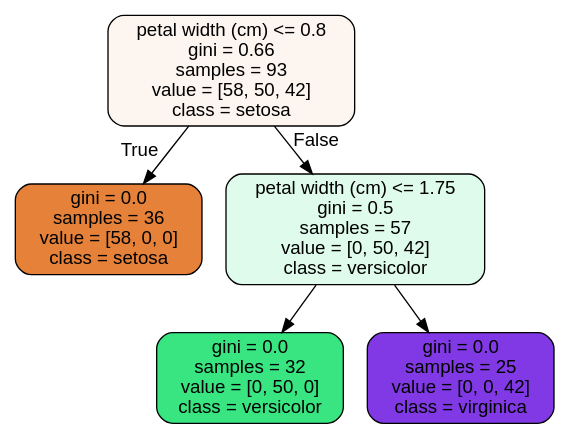
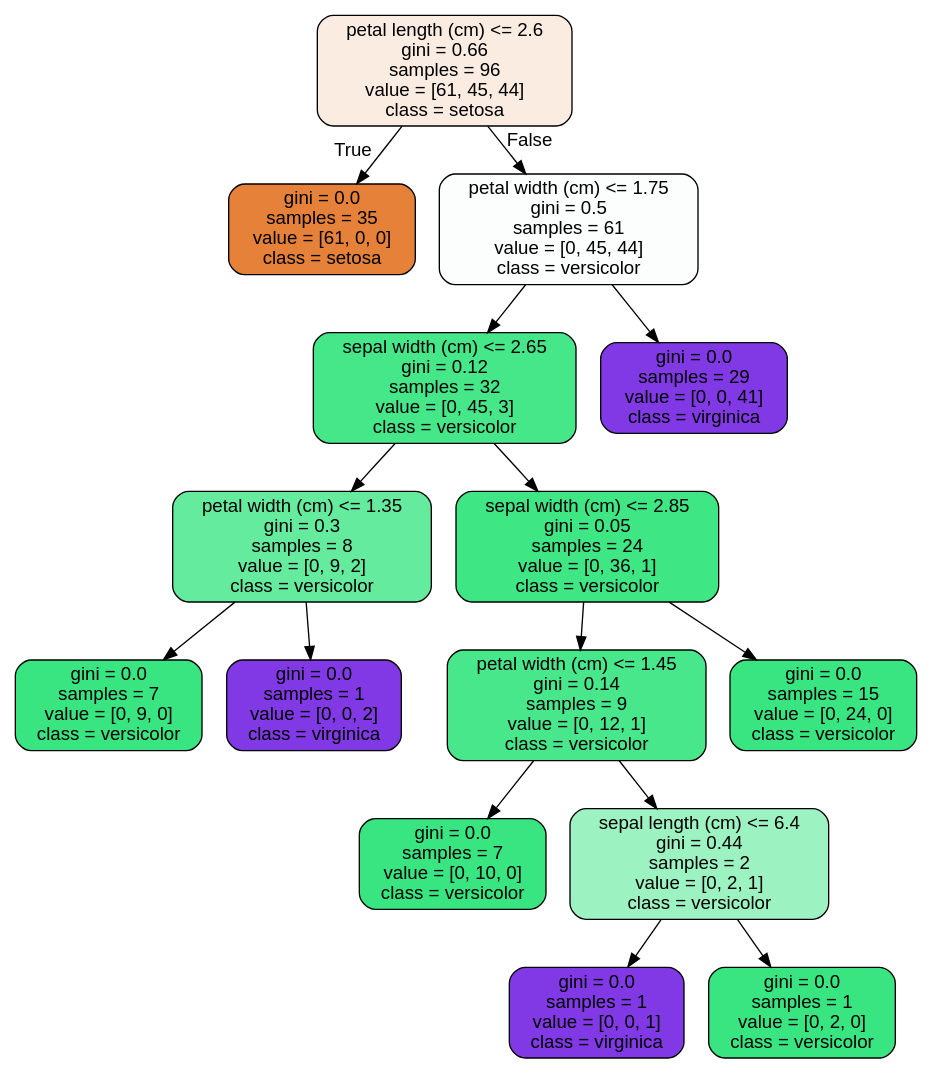
The diagram in RandomForest_Covid_Case_Study/tree.dot (benjaminbellman/Springboard), drawn with Graphviz before and after one commit. The commit also changed 4 other files, not shown here.

```diff
--- a/RandomForest_Covid_Case_Study/tree.dot
+++ b/RandomForest_Covid_Case_Study/tree.dot
@@ -1,13 +1,33 @@
 digraph Tree {
 node [shape=box, style="filled, rounded", color="black", fontname="helvetica"] ;
 edge [fontname="helvetica"] ;
-0 [label="petal width (cm) <= 0.8\ngini = 0.66\nsamples = 93\nvalue = [58, 50, 42]\nclass = setosa", fillcolor="#fdf5ef"] ;
-1 [label="gini = 0.0\nsamples = 36\nvalue = [58, 0, 0]\nclass = setosa", fillcolor="#e58139"] ;
+0 [label="petal length (cm) <= 2.6\ngini = 0.66\nsamples = 96\nvalue = [61, 45, 44]\nclass = setosa", fillcolor="#fbece1"] ;
+1 [label="gini = 0.0\nsamples = 35\nvalue = [61, 0, 0]\nclass = setosa", fillcolor="#e58139"] ;
 0 -> 1 [labeldistance=2.5, labelangle=45, headlabel="True"] ;
-2 [label="petal width (cm) <= 1.75\ngini = 0.5\nsamples = 57\nvalue = [0, 50, 42]\nclass = versicolor", fillcolor="#dffbeb"] ;
+2 [label="petal width (cm) <= 1.75\ngini = 0.5\nsamples = 61\nvalue = [0, 45, 44]\nclass = versicolor", fillcolor="#fbfefc"] ;
 0 -> 2 [labeldistance=2.5, labelangle=-45, headlabel="False"] ;
-3 [label="gini = 0.0\nsamples = 32\nvalue = [0, 50, 0]\nclass = versicolor", fillcolor="#39e581"] ;
+3 [label="sepal width (cm) <= 2.65\ngini = 0.12\nsamples = 32\nvalue = [0, 45, 3]\nclass = versicolor", fillcolor="#46e789"] ;
 2 -> 3 ;
-4 [label="gini = 0.0\nsamples = 25\nvalue = [0, 0, 42]\nclass = virginica", fillcolor="#8139e5"] ;
-2 -> 4 ;
+4 [label="petal width (cm) <= 1.35\ngini = 0.3\nsamples = 8\nvalue = [0, 9, 2]\nclass = versicolor", fillcolor="#65eb9d"] ;
+3 -> 4 ;
+5 [label="gini = 0.0\nsamples = 7\nvalue = [0, 9, 0]\nclass = versicolor", fillcolor="#39e581"] ;
+4 -> 5 ;
+6 [label="gini = 0.0\nsamples = 1\nvalue = [0, 0, 2]\nclass = virginica", fillcolor="#8139e5"] ;
+4 -> 6 ;
+7 [label="sepal width (cm) <= 2.85\ngini = 0.05\nsamples = 24\nvalue = [0, 36, 1]\nclass = versicolor", fillcolor="#3ee684"] ;
+3 -> 7 ;
+8 [label="petal width (cm) <= 1.45\ngini = 0.14\nsamples = 9\nvalue = [0, 12, 1]\nclass = versicolor", fillcolor="#49e78c"] ;
+7 -> 8 ;
+9 [label="gini = 0.0\nsamples = 7\nvalue = [0, 10, 0]\nclass = versicolor", fillcolor="#39e581"] ;
+8 -> 9 ;
+10 [label="sepal length (cm) <= 6.4\ngini = 0.44\nsamples = 2\nvalue = [0, 2, 1]\nclass = versicolor", fillcolor="#9cf2c0"] ;
+8 -> 10 ;
+11 [label="gini = 0.0\nsamples = 1\nvalue = [0, 0, 1]\nclass = virginica", fillcolor="#8139e5"] ;
+10 -> 11 ;
+12 [label="gini = 0.0\nsamples = 1\nvalue = [0, 2, 0]\nclass = versicolor", fillcolor="#39e581"] ;
+10 -> 12 ;
+13 [label="gini = 0.0\nsamples = 15\nvalue = [0, 24, 0]\nclass = versicolor", fillcolor="#39e581"] ;
+7 -> 13 ;
+14 [label="gini = 0.0\nsamples = 29\nvalue = [0, 0, 41]\nclass = virginica", fillcolor="#8139e5"] ;
+2 -> 14 ;
 }
```
